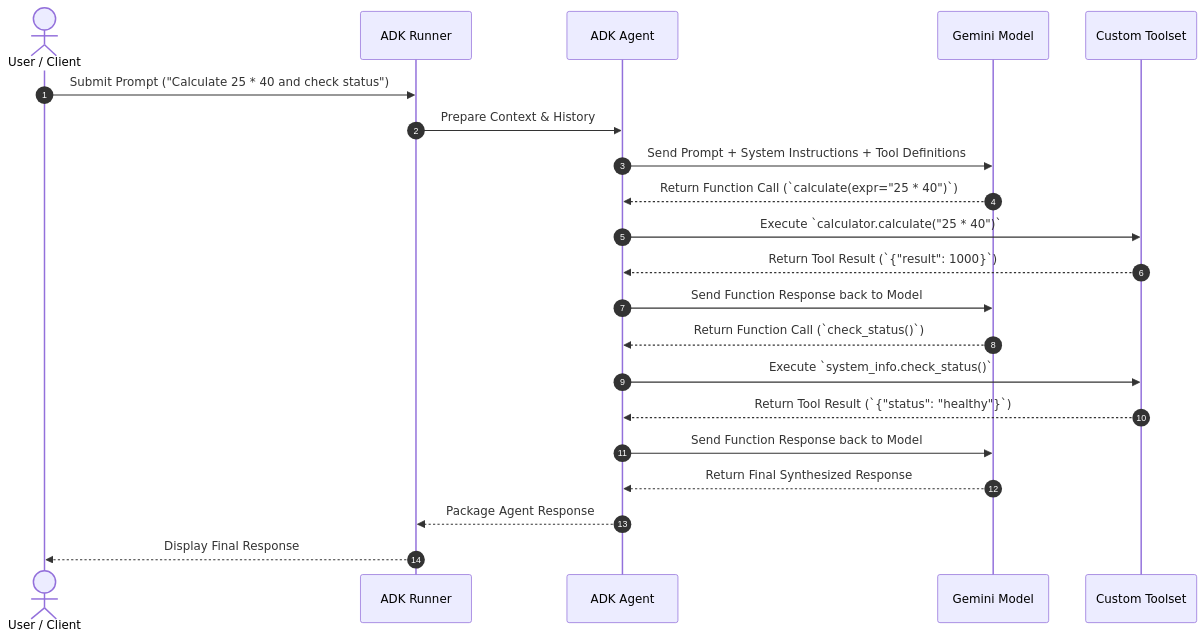
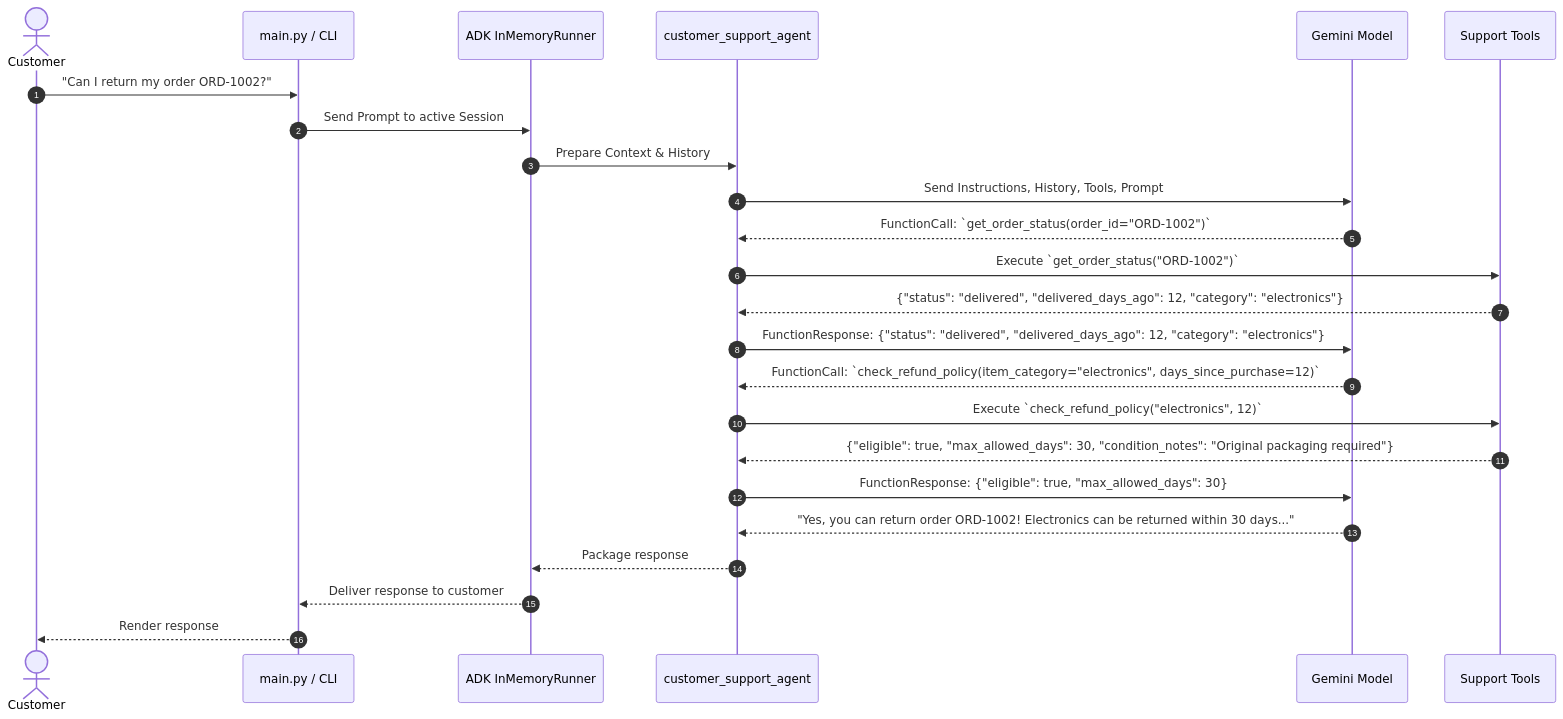
Before and after one commit to noam2030/test: the second of 2 diagrams in docs/ARCHITECTURE.md, drawn with Mermaid. The commit also changed other lines of this file and 16 other files, not shown here.

Commit message:
feat: implement customer_support_agent with Google ADK, support tools, CLI, and tests

````diff
--- a/docs/ARCHITECTURE.md
+++ b/docs/ARCHITECTURE.md
@@ -58,27 +72,30 @@
 ```mermaid
 sequenceDiagram
     autonumber
-    actor User as User / Client
-    participant Runner as ADK Runner
-    participant Agent as ADK Agent
+    actor Customer as Customer
+    participant CLI as main.py / CLI
+    participant Runner as ADK InMemoryRunner
+    participant Agent as customer_support_agent
     participant LLM as Gemini Model
-    participant Tools as Custom Toolset
+    participant Tools as Support Tools
 
-    User->>Runner: Submit Prompt ("Calculate 25 * 40 and check status")
+    Customer->>CLI: "Can I return my order ORD-1002?"
+    CLI->>Runner: Send Prompt to active Session
     Runner->>Agent: Prepare Context & History
-    Agent->>LLM: Send Prompt + System Instructions + Tool Definitions
+    Agent->>LLM: Send Instructions, History, Tools, Prompt
     
-    LLM-->>Agent: Return Function Call (`calculate(expr="25 * 40")`)
-    Agent->>Tools: Execute `calculator.calculate("25 * 40")`
-    Tools-->>Agent: Return Tool Result (`{"result": 1000}`)
+    LLM-->>Agent: FunctionCall: `get_order_status(order_id="ORD-1002")`
+    Agent->>Tools: Execute `get_order_status("ORD-1002")`
+    Tools-->>Agent: {"status": "delivered", "delivered_days_ago": 12, "category": "electronics"}
     
-    Agent->>LLM: Send Function Response back to Model
-    LLM-->>Agent: Return Function Call (`check_status()`)
-    Agent->>Tools: Execute `system_info.check_status()`
-    Tools-->>Agent: Return Tool Result (`{"status": "healthy"}`)
+    Agent->>LLM: FunctionResponse: {"status": "delivered", "delivered_days_ago": 12, "category": "electronics"}
+    LLM-->>Agent: FunctionCall: `check_refund_policy(item_category="electronics", days_since_purchase=12)`
+    Agent->>Tools: Execute `check_refund_policy("electronics", 12)`
+    Tools-->>Agent: {"eligible": true, "max_allowed_days": 30, "condition_notes": "Original packaging required"}
     
-    Agent->>LLM: Send Function Response back to Model
-    LLM-->>Agent: Return Final Synthesized Response
-    Agent-->>Runner: Package Agent Response
-    Runner-->>User: Display Final Response
+    Agent->>LLM: FunctionResponse: {"eligible": true, "max_allowed_days": 30}
+    LLM-->>Agent: "Yes, you can return order ORD-1002! Electronics can be returned within 30 days..."
+    Agent-->>Runner: Package response
+    Runner-->>CLI: Deliver response to customer
+    CLI-->>Customer: Render response
 ```
````
